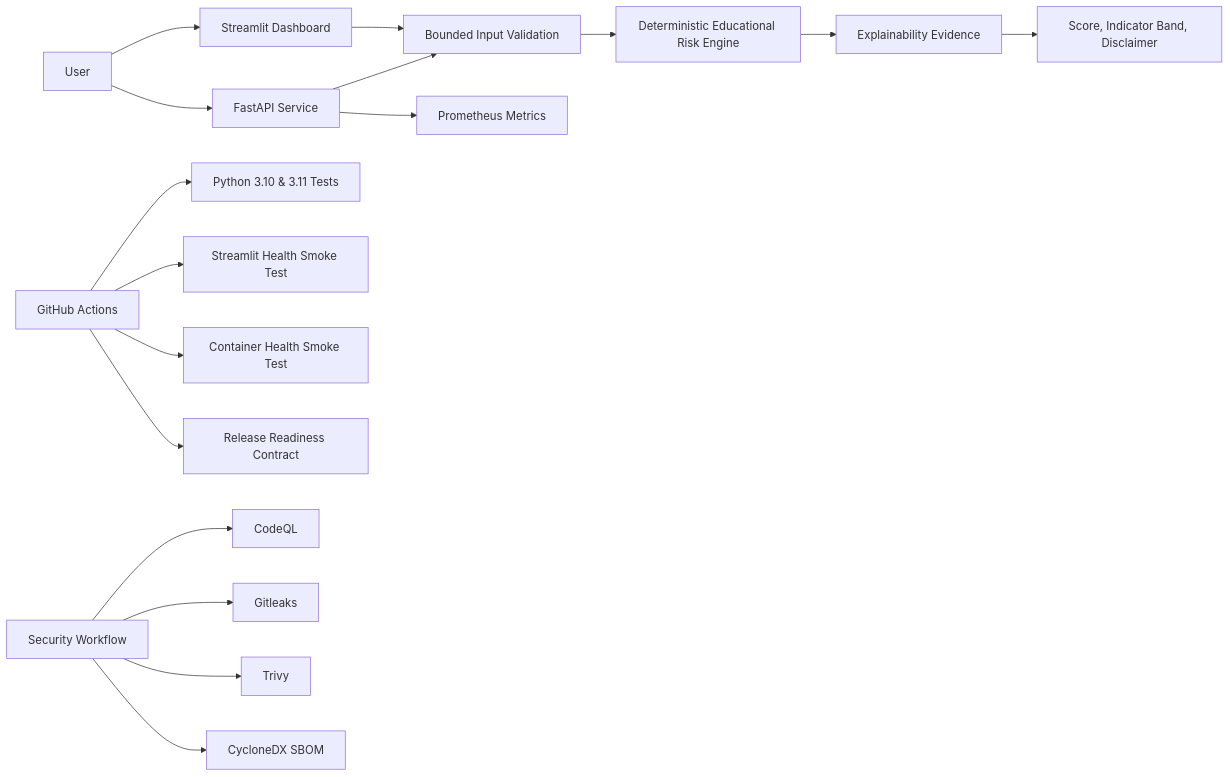
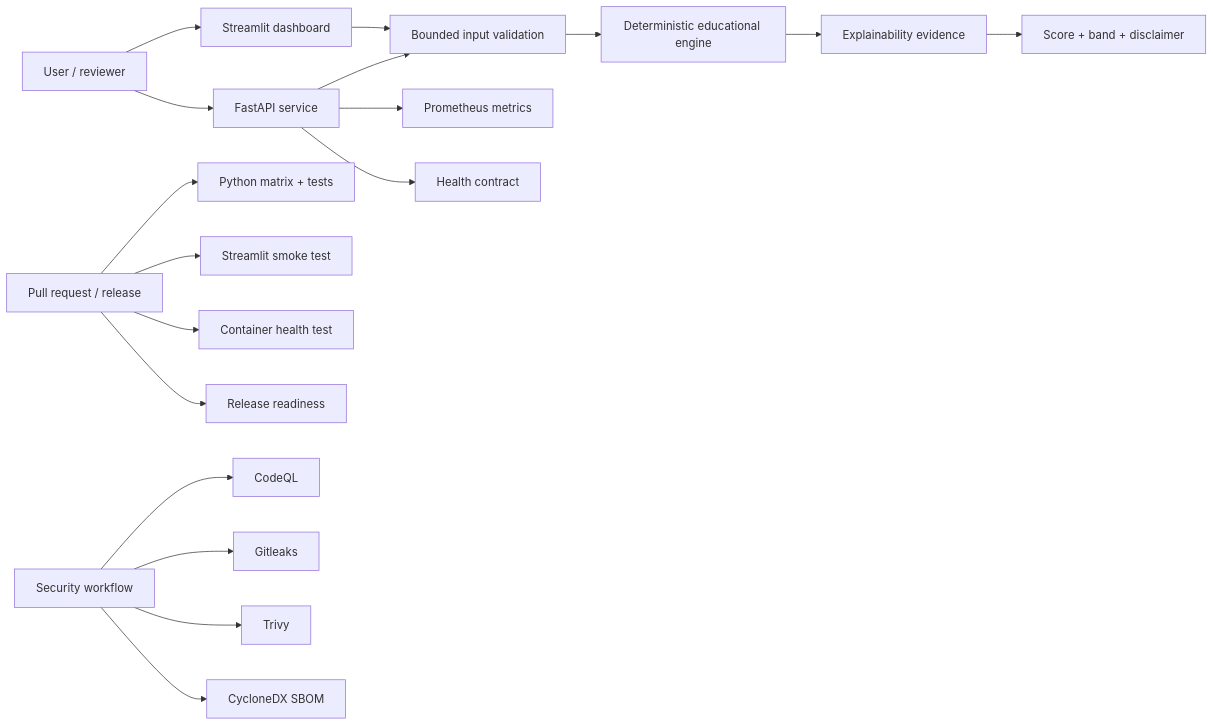
Before and after one commit to CoreyLeath-code/Disease_Prediction_Capstone: the first of 3 diagrams in README.md, drawn with Mermaid. The commit also changed other lines of this file, not shown here.

Commit message:
docs: reorganize README for production readiness

````diff
--- a/README.md
+++ b/README.md
@@ -116,24 +102,24 @@
 ```mermaid
 flowchart LR
-    U[User] --> S[Streamlit Dashboard]
-    U --> A[FastAPI Service]
+    U["User / reviewer"] --> S["Streamlit dashboard"]
+    U --> A["FastAPI service"]
 
-    S --> V[Bounded Input Validation]
+    S --> V["Bounded input validation"]
     A --> V
+    V --> E["Deterministic educational engine"]
+    E --> X["Explainability evidence"]
+    X --> R["Score + band + disclaimer"]
 
-    V --> E[Deterministic Educational Risk Engine]
-    E --> X[Explainability Evidence]
-    X --> R[Score, Indicator Band, Disclaimer]
+    A --> M["Prometheus metrics"]
+    A --> H["Health contract"]
 
-    A --> M[Prometheus Metrics]
+    C["Pull request / release"] --> T["Python matrix + tests"]
+    C --> SS["Streamlit smoke test"]
+    C --> CS["Container health test"]
+    C --> Q["Release readiness"]
 
-    C[GitHub Actions] --> T[Python 3.10 & 3.11 Tests]
-    C --> SS[Streamlit Health Smoke Test]
-    C --> CS[Container Health Smoke Test]
-    C --> Q[Release Readiness Contract]
-
-    SEC[Security Workflow] --> CQ[CodeQL]
-    SEC --> GL[Gitleaks]
-    SEC --> TR[Trivy]
-    SEC --> SB[CycloneDX SBOM]
+    SEC["Security workflow"] --> CQ["CodeQL"]
+    SEC --> GL["Gitleaks"]
+    SEC --> TR["Trivy"]
+    SEC --> SB["CycloneDX SBOM"]
 ```
````
